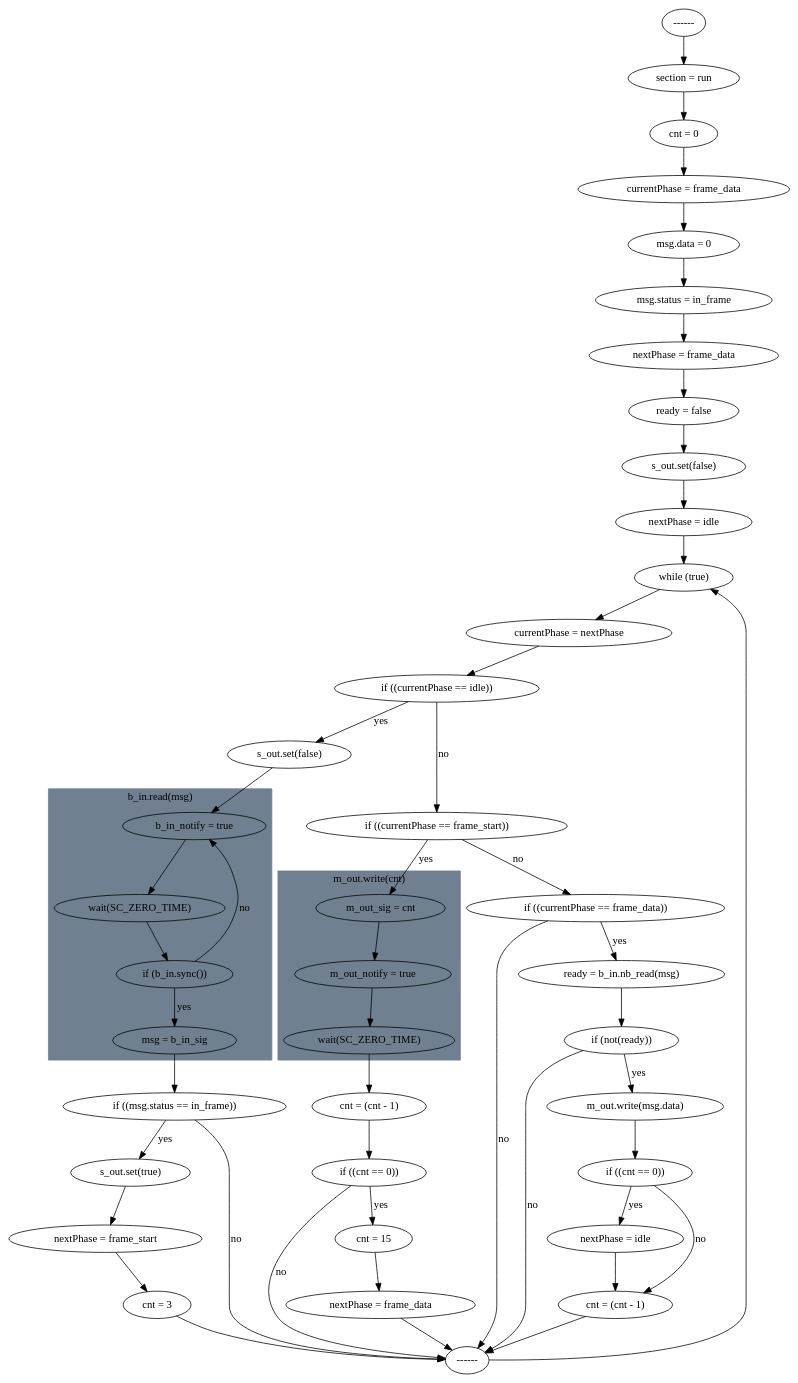
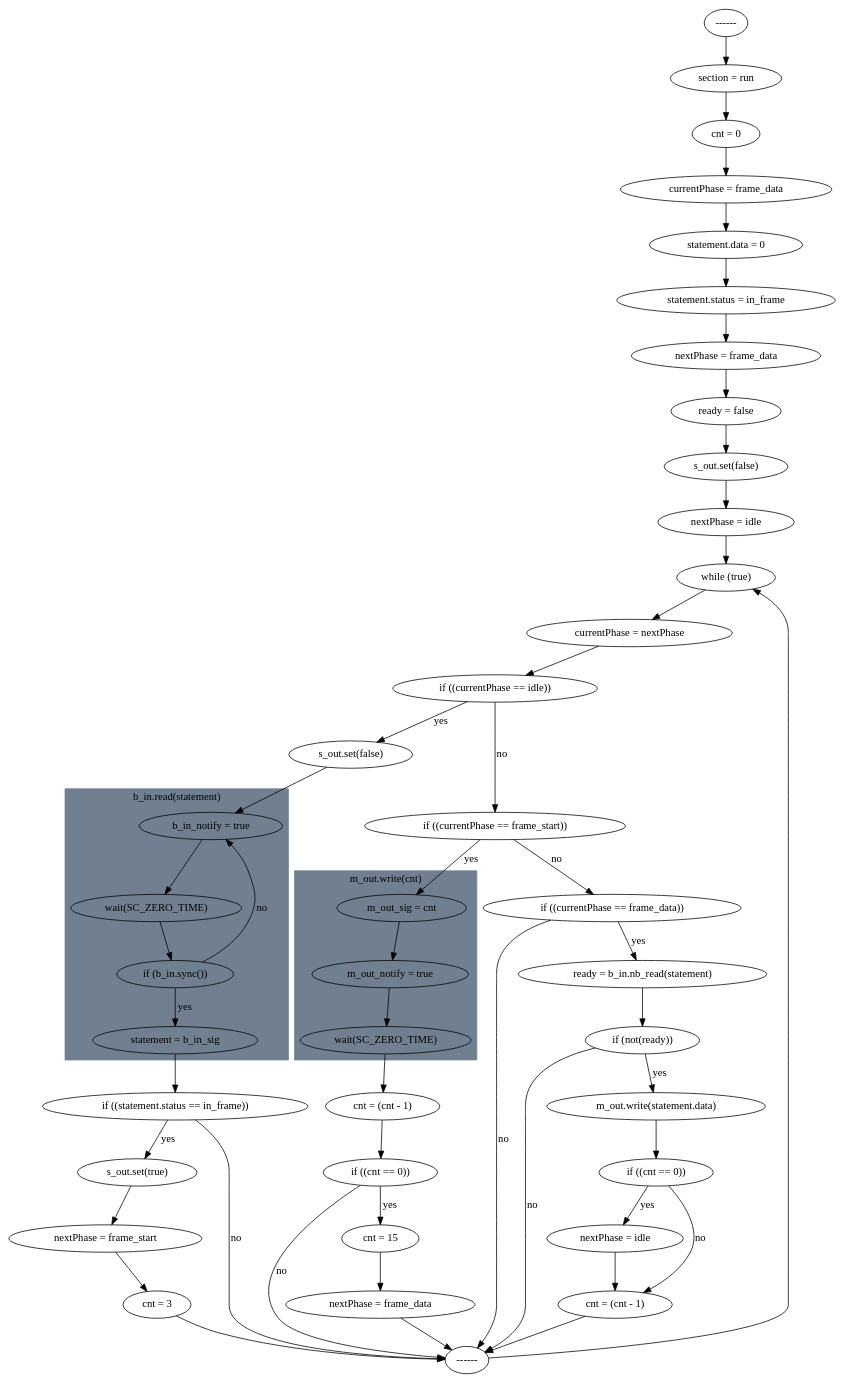
The diagram in example/Paper/Example.dot (ludwig247/DeSCAM), drawn with Graphviz before and after one commit. The commit also changed 25 other files, not shown here.

```diff
--- a/example/Paper/Example.dot
+++ b/example/Paper/Example.dot
@@ -1,103 +1,103 @@
 digraph Example {  graph [rankdir=TD];
 state_0[ label = "------"];
 state_1[ label = "section = run"];
 state_2[ label = "cnt = 0"];
 state_3[ label = "currentPhase = frame_data"];
-state_4[ label = "msg.data = 0"];
-state_5[ label = "msg.status = in_frame"];
+state_4[ label = "statement.data = 0"];
+state_5[ label = "statement.status = in_frame"];
 state_6[ label = "nextPhase = frame_data"];
 state_7[ label = "ready = false"];
 state_8[ label = "s_out.set(false)"];
 state_9[ label = "nextPhase = idle"];
 state_10[ label = "while (true)"];
 state_11[ label = "currentPhase = nextPhase"];
 state_12[ label = "if ((currentPhase == idle))"];
 state_13[ label = "s_out.set(false)"];
 state_14[ label = "b_in_notify = true"];
-state_15[ label = "if ((msg.status == in_frame))"];
+state_15[ label = "if ((statement.status == in_frame))"];
 state_16[ label = "s_out.set(true)"];
 state_17[ label = "nextPhase = frame_start"];
 state_18[ label = "cnt = 3"];
 state_19[ label = "------"];
 state_20[ label = "if ((currentPhase == frame_start))"];
 state_21[ label = "m_out_sig = cnt"];
 state_22[ label = "cnt = (cnt - 1)"];
 state_23[ label = "if ((cnt == 0))"];
 state_24[ label = "cnt = 15"];
 state_25[ label = "nextPhase = frame_data"];
 state_26[ label = "if ((currentPhase == frame_data))"];
-state_27[ label = "ready = b_in.nb_read(msg)"];
+state_27[ label = "ready = b_in.nb_read(statement)"];
 state_28[ label = "if (not(ready))"];
-state_29[ label = "m_out.write(msg.data)"];
+state_29[ label = "m_out.write(statement.data)"];
 state_30[ label = "if ((cnt == 0))"];
 state_31[ label = "nextPhase = idle"];
 state_32[ label = "cnt = (cnt - 1)"];
 state_34[ label = "wait(SC_ZERO_TIME)"];
 state_35[ label = "if (b_in.sync())"];
-state_36[ label = "msg = b_in_sig"];
+state_36[ label = "statement = b_in_sig"];
 state_38[ label = "m_out_notify = true"];
 state_39[ label = "wait(SC_ZERO_TIME)"];
 
 state_0 -> state_1;
 state_1 -> state_2;
 state_2 -> state_3;
 state_3 -> state_4;
 state_4 -> state_5;
 state_5 -> state_6;
 state_6 -> state_7;
 state_7 -> state_8;
 state_8 -> state_9;
 state_9 -> state_10;
 state_10 -> state_11;
 state_11 -> state_12;
 state_12 -> state_13[label = "yes"];
 state_12 -> state_20[label = "no"];
 state_13 -> state_14;
 state_14 -> state_34;
 state_15 -> state_16[label = "yes"];
 state_15 -> state_19[label = "no"];
 state_16 -> state_17;
 state_17 -> state_18;
 state_18 -> state_19;
 state_19 -> state_10;
 state_20 -> state_21[label = "yes"];
 state_20 -> state_26[label = "no"];
 state_21 -> state_38;
 state_22 -> state_23;
 state_23 -> state_24[label = "yes"];
 state_23 -> state_19[label = "no"];
 state_24 -> state_25;
 state_25 -> state_19;
 state_26 -> state_27[label = "yes"];
 state_26 -> state_19[label = "no"];
 state_27 -> state_28;
 state_28 -> state_29[label = "yes"];
 state_28 -> state_19[label = "no"];
 state_29 -> state_30;
 state_30 -> state_31[label = "yes"];
 state_30 -> state_32[label = "no"];
 state_31 -> state_32;
 state_32 -> state_19;
 state_34 -> state_35;
 state_35 -> state_14[label = "no"];
 state_35 -> state_36[label = "yes"];
 state_36 -> state_15;
 state_38 -> state_39;
 state_39 -> state_22;
 
 subgraph cluster_0 {
 style=filled; color=slategray;
 state_14
 state_34
 state_35
 state_36
-label = "b_in.read(msg)";
+label = "b_in.read(statement)";
 }
 subgraph cluster_1 {
 style=filled; color=slategray;
 state_21
 state_38
 state_39
 label = "m_out.write(cnt)";
 }
 }
```
